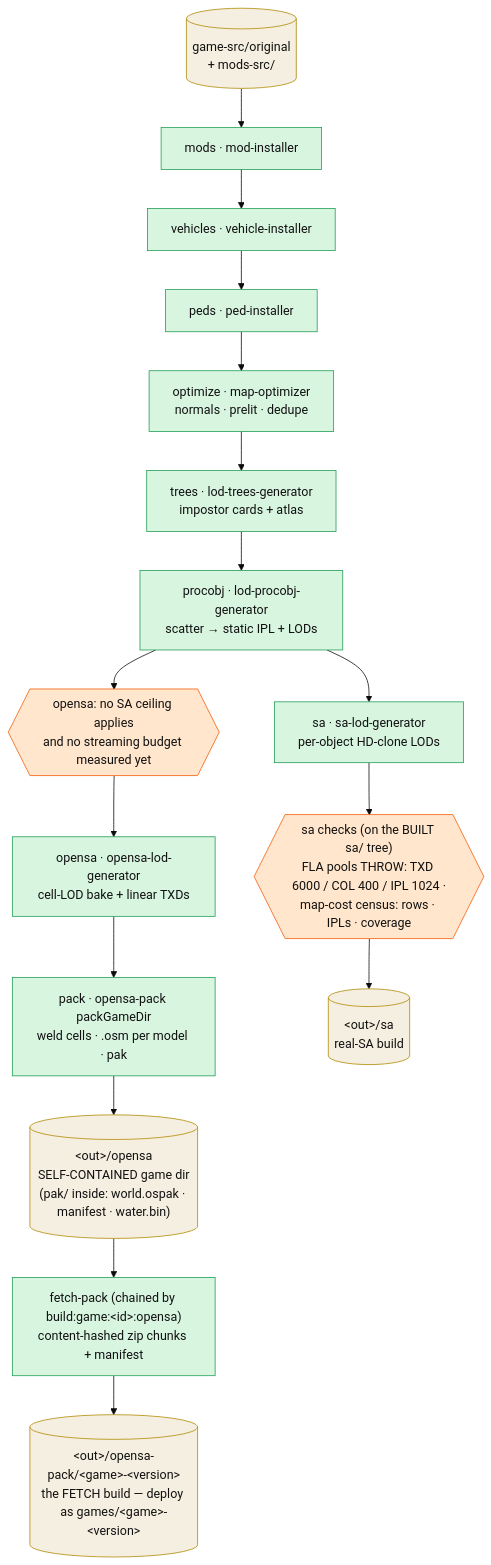
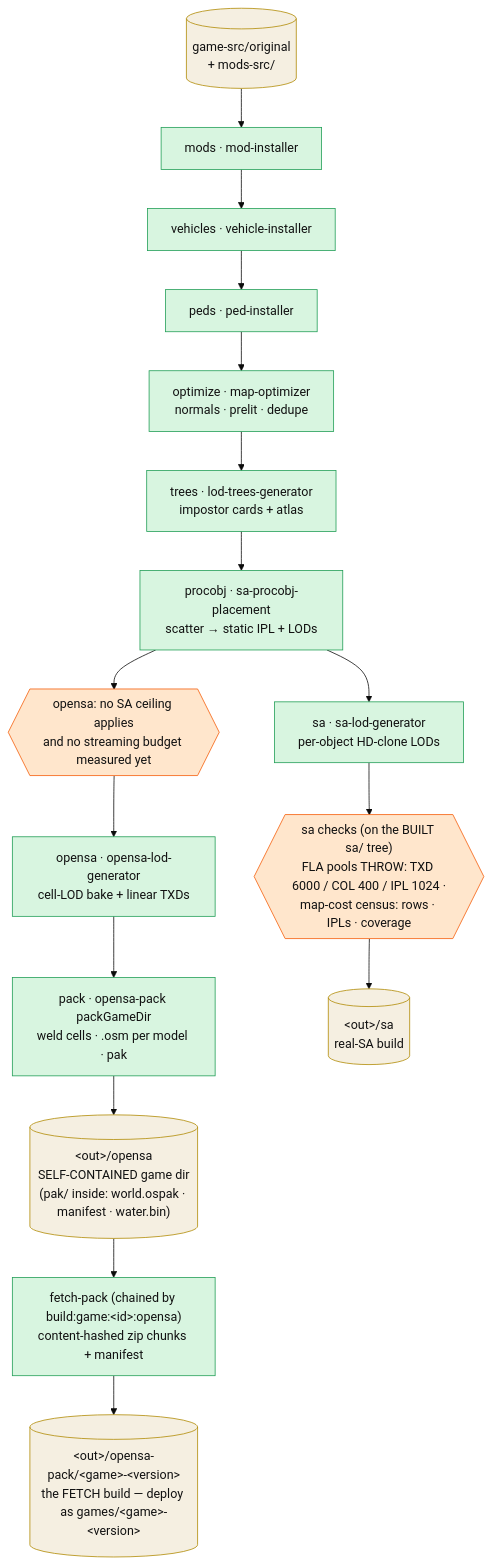
The diagram in docs/architecture/perfect-map-builder.md (sexorcist00/opensa), drawn with Mermaid (base theme) before and after one commit. The commit also changed 81 other files, not shown here.

First line of the commit message:
refactor(procobj): rename lod-procobj-generator to sa-procobj-placement

````diff
--- a/docs/architecture/perfect-map-builder.md
+++ b/docs/architecture/perfect-map-builder.md
@@ -43,29 +43,29 @@
 ```mermaid
 %%| pmb-pipeline
 flowchart TB
   src[("game-src/original<br/>+ mods-src/")]:::data
   mods["mods · mod-installer"]:::stage
   veh["vehicles · vehicle-installer"]:::stage
   peds["peds · ped-installer"]:::stage
   opt["optimize · map-optimizer<br/>normals · prelit · dedupe"]:::stage
   trees["trees · lod-trees-generator<br/>impostor cards + atlas"]:::stage
-  proc["procobj · lod-procobj-generator<br/>scatter → static IPL + LODs"]:::stage
+  proc["procobj · sa-procobj-placement<br/>scatter → static IPL + LODs"]:::stage
   guard{{"sa checks (on the BUILT sa/ tree)<br/>FLA pools THROW: TXD 6000 / COL 400 / IPL 1024 ·<br/>map-cost census: rows · IPLs · coverage"}}:::guard
   osguard{{"opensa: no SA ceiling applies<br/>and no streaming budget measured yet"}}:::guard
   sa["sa · sa-lod-generator<br/>per-object HD-clone LODs"]:::stage
   oslod["opensa · opensa-lod-generator<br/>cell-LOD bake + linear TXDs"]:::stage
   pack["pack · opensa-pack packGameDir<br/>weld cells · .osm per model · pak"]:::stage
   outsa[("&lt;out&gt;/sa<br/>real-SA build")]:::data
   outos[("&lt;out&gt;/opensa<br/>SELF-CONTAINED game dir<br/>(pak/ inside: world.ospak · manifest · water.bin)")]:::data
   fetch["fetch-pack (chained by build:game:&lt;id&gt;:opensa)<br/>content-hashed zip chunks + manifest"]:::stage
   outpak[("&lt;out&gt;/opensa-pack/&lt;game&gt;-&lt;version&gt;<br/>the FETCH build — deploy as games/&lt;game&gt;-&lt;version&gt;")]:::data
 
   src --> mods --> veh --> peds --> opt --> trees --> proc
   proc --> sa --> guard --> outsa
   proc --> osguard --> oslod --> pack --> outos
   outos --> fetch --> outpak
 
   classDef stage fill:#d8f5e0,stroke:#1f9d55,color:#111
   classDef guard fill:#ffe6cc,stroke:#f55c07,color:#111
   classDef data fill:#f5efe1,stroke:#b08900,color:#111
 ```
````
